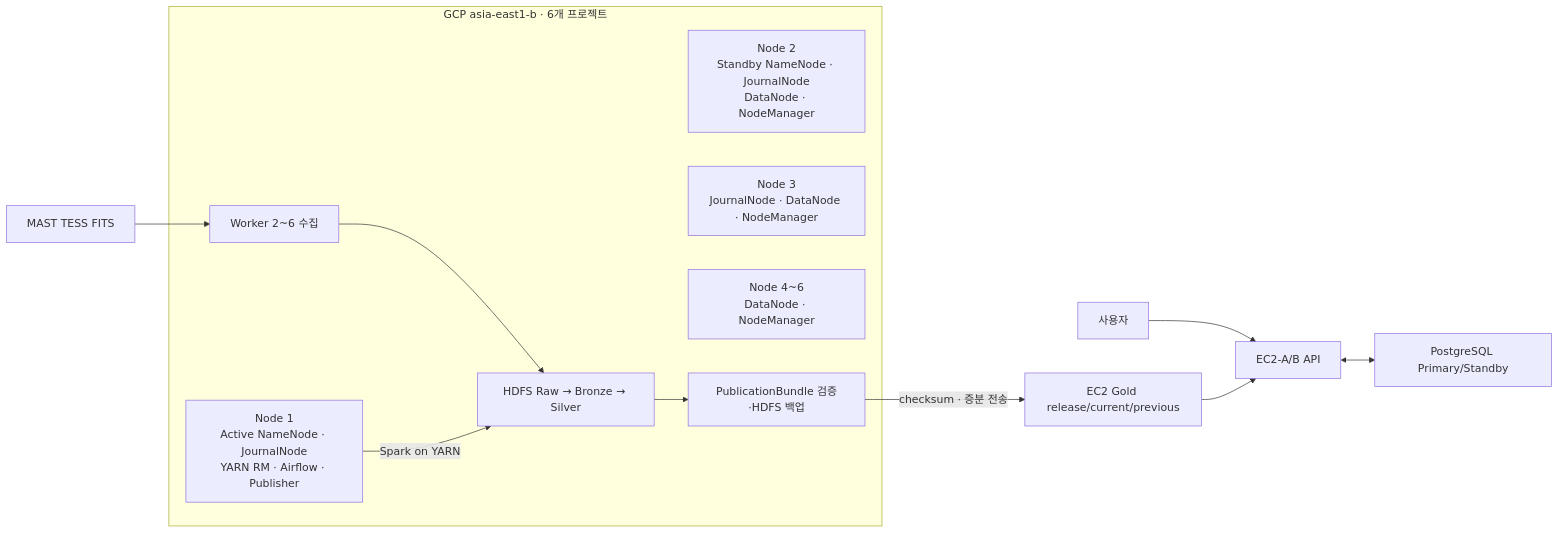
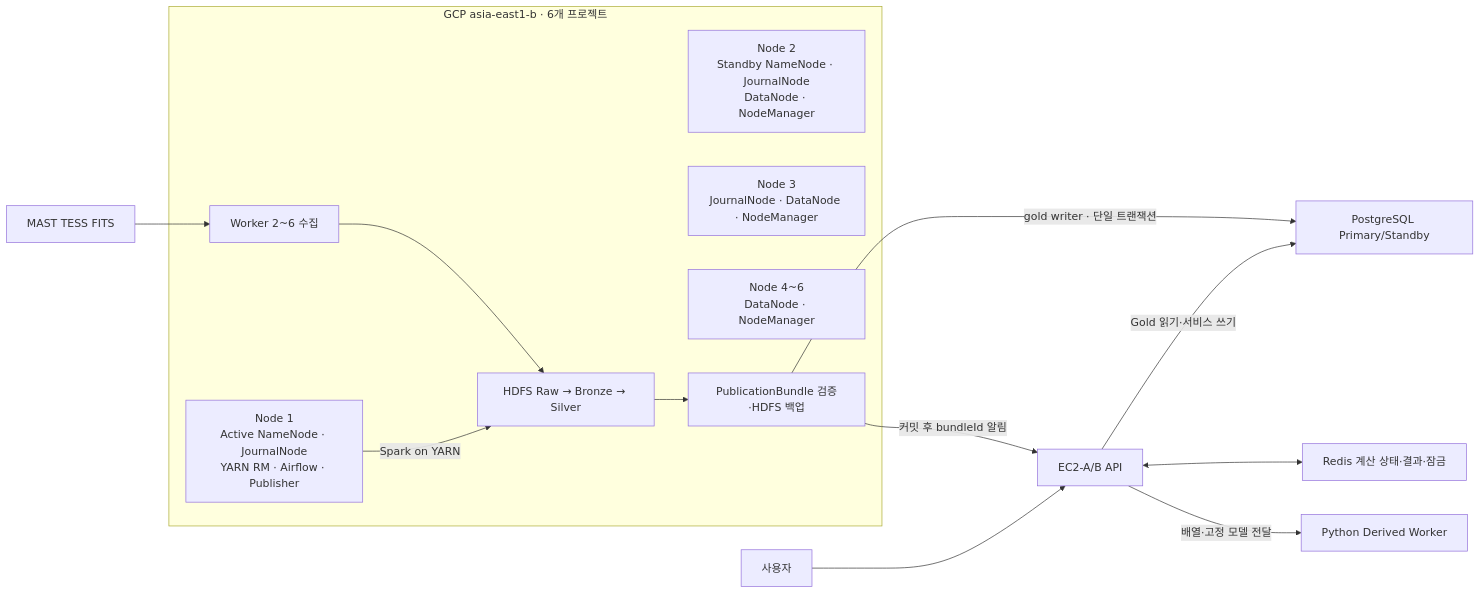
One commit to baekseunghak/planetory changed the diagram in docs/architecture/system-architecture.md. Above: the diagram before and after it, drawn with Mermaid. The commit also changed other lines of this file and 22 other files, not shown here.

Commit message:
docs(architecture): Gold 적재 및 온라인 계산 경계 확정

````diff
--- a/docs/architecture/system-architecture.md
+++ b/docs/architecture/system-architecture.md
@@ -9,17 +9,19 @@
 ```mermaid
 flowchart LR
   SRC[MAST TESS FITS] --> ING[Worker 2~6 수집]
   subgraph GCP[GCP asia-east1-b · 6개 프로젝트]
     M[Node 1<br/>Active NameNode · JournalNode<br/>YARN RM · Airflow · Publisher]
     S[Node 2<br/>Standby NameNode · JournalNode<br/>DataNode · NodeManager]
     J[Node 3<br/>JournalNode · DataNode · NodeManager]
     W[Node 4~6<br/>DataNode · NodeManager]
     ING --> H[HDFS Raw → Bronze → Silver]
     M -->|Spark on YARN| H
     H --> P[PublicationBundle 검증·HDFS 백업]
   end
-  P -->|checksum · 증분 전송| E[EC2 Gold release/current/previous]
   U[사용자] --> API[EC2-A/B API]
-  API <--> DB[PostgreSQL Primary/Standby]
-  E --> API
+  P -->|gold writer · 단일 트랜잭션| DB[PostgreSQL Primary/Standby]
+  P -->|커밋 후 bundleId 알림| API
+  API -->|Gold 읽기·서비스 쓰기| DB
+  API <--> R[Redis 계산 상태·결과·잠금]
+  API -->|배열·고정 모델 전달| WKR[Python Derived Worker]
 ```
````
